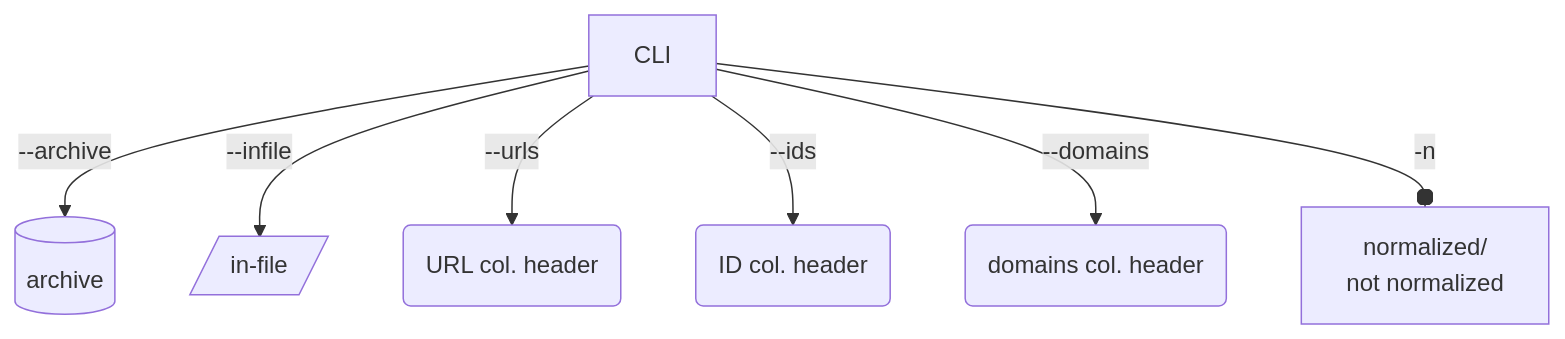
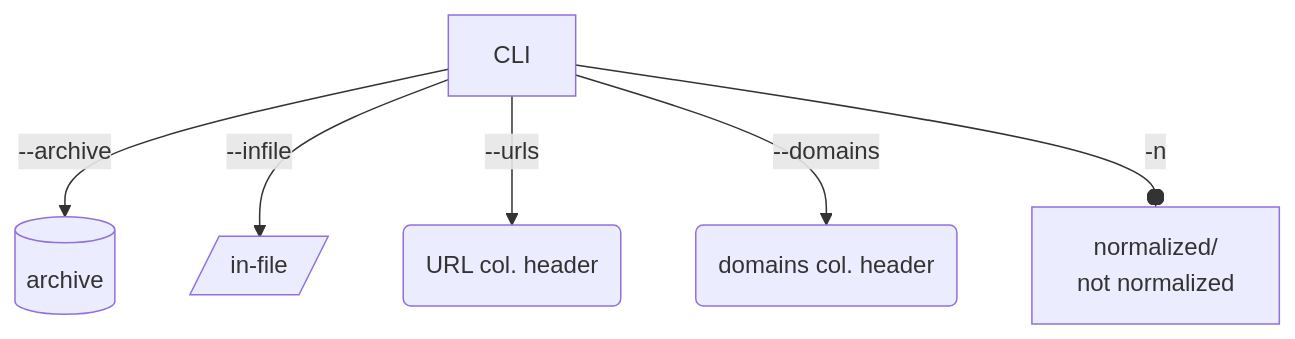
Before and after one commit to kat-kel/archive-html: the third of 6 diagrams in README.md, drawn with Mermaid. The commit also changed other lines of this file, not shown here.

````diff
--- a/README.md
+++ b/README.md
@@ -91,9 +90,8 @@
 ```mermaid
 flowchart TB
     CLI -->|"--archive"| archive[(archive)]
     CLI -->|"--infile"| infile[/in-file/]
     CLI -->|"--urls"| header1(URL col. header)
-    CLI -->|"--ids"| header3(ID col. header)
     CLI -->|"--domains"| header2(domains col. header)
     CLI --o|"-n"| id[normalized/\nnot normalized]
 ```
````
